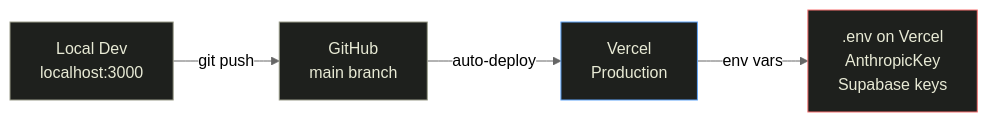
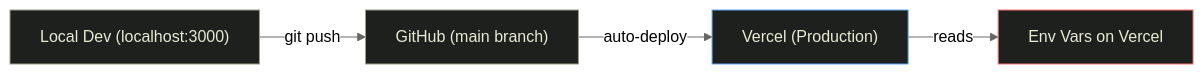
Before and after one commit to wongjinar-ai/expample: the second of 13 diagrams in PLANNING.md, drawn with Mermaid (neutral theme). The commit also changed other lines of this file, not shown here.

Commit message:
Fix Mermaid diagram syntax for broad renderer compatibility

````diff
--- a/PLANNING.md
+++ b/PLANNING.md
@@ -107,11 +107,11 @@
 ```mermaid
 graph LR
-    DEV[Local Dev\nlocalhost:3000] -->|git push| GH[GitHub\nmain branch]
-    GH -->|auto-deploy| VCL[Vercel\nProduction]
-    VCL -->|env vars| ENV[".env on Vercel\nAnthropicKey\nSupabase keys"]
+    DEV["Local Dev (localhost:3000)"] -->|git push| GH["GitHub (main branch)"]
+    GH -->|auto-deploy| VCL["Vercel (Production)"]
+    VCL -->|reads| ENV["Env Vars on Vercel"]
 
     style DEV fill:#1e201d,stroke:#9a9c8a,color:#e8ead5
     style GH fill:#1e201d,stroke:#9a9c8a,color:#e8ead5
     style VCL fill:#1e201d,stroke:#60a5fa,color:#e8ead5
     style ENV fill:#1e201d,stroke:#f87171,color:#e8ead5
 ```
````
